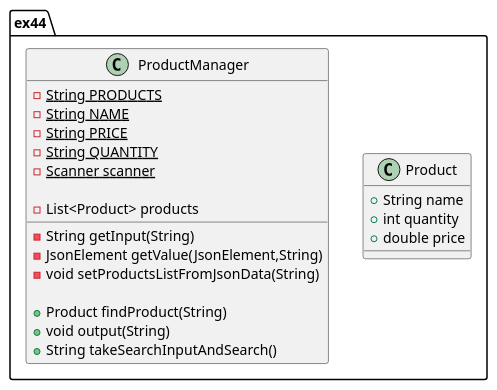
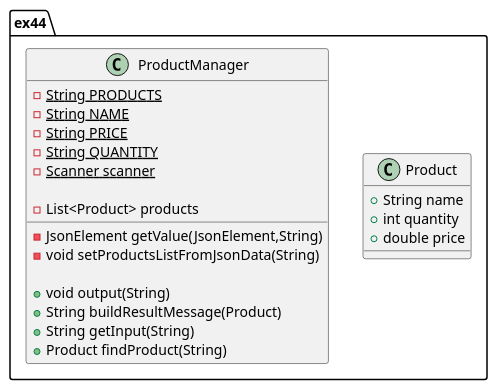
One commit to jamesk08/karlinski-cop3330-assignment3 changed the diagram in src/main/java/ex44/Ex44_Class_Diagrams.puml. Above: the diagram before and after it, drawn with PlantUML.

Commit message:
updating ex44 class diagram

```diff
--- a/src/main/java/ex44/Ex44_Class_Diagrams.puml
+++ b/src/main/java/ex44/Ex44_Class_Diagrams.puml
@@ -4,27 +4,27 @@
 @startuml
 class ex44.Product
 {
     + String name
     + int quantity
     + double price
 }
 
 class ex44.ProductManager
 {
     - {static} String PRODUCTS
     - {static} String NAME
     - {static} String PRICE
     - {static} String QUANTITY
     - {static} Scanner scanner
 
     - List<Product> products
 
-    - String getInput(String)
     - JsonElement getValue(JsonElement,String)
     - void setProductsListFromJsonData(String)
 
+    + void output(String)
+    + String buildResultMessage(Product)
+    + String getInput(String)
     + Product findProduct(String)
-    + void output(String)
-    + String takeSearchInputAndSearch()
 }
 @enduml
```
